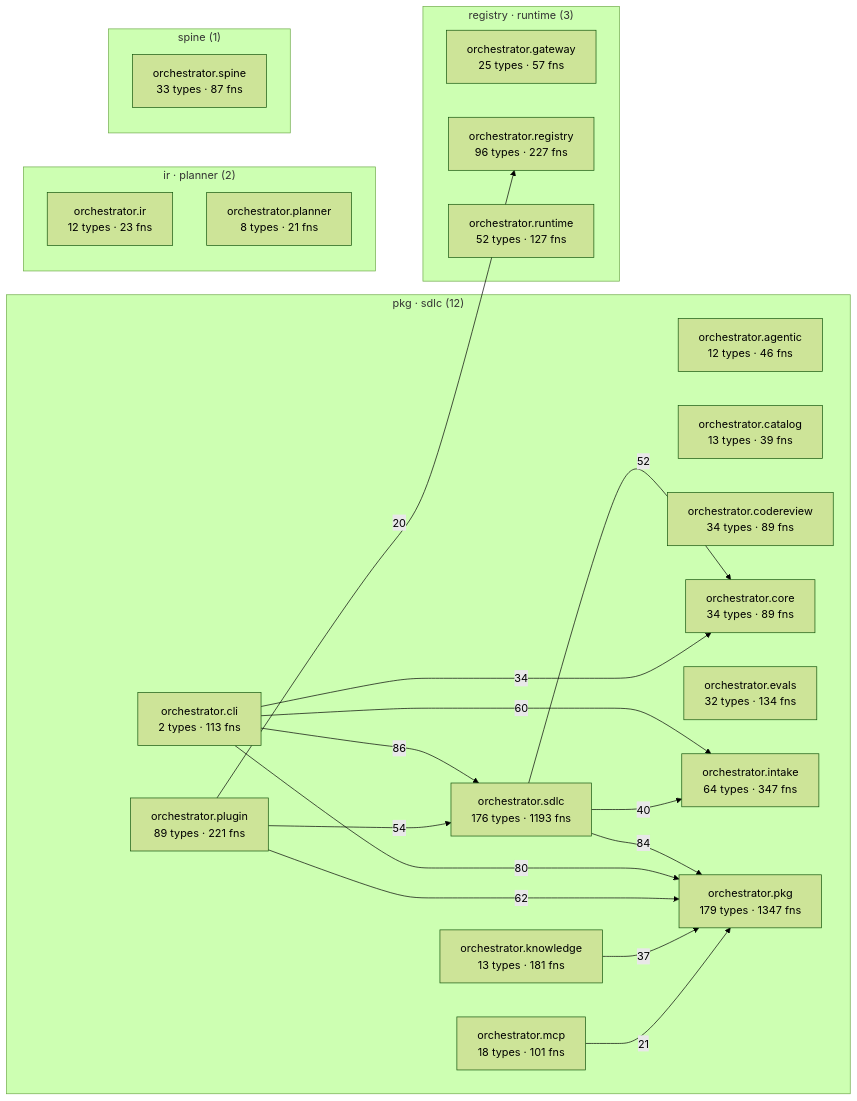
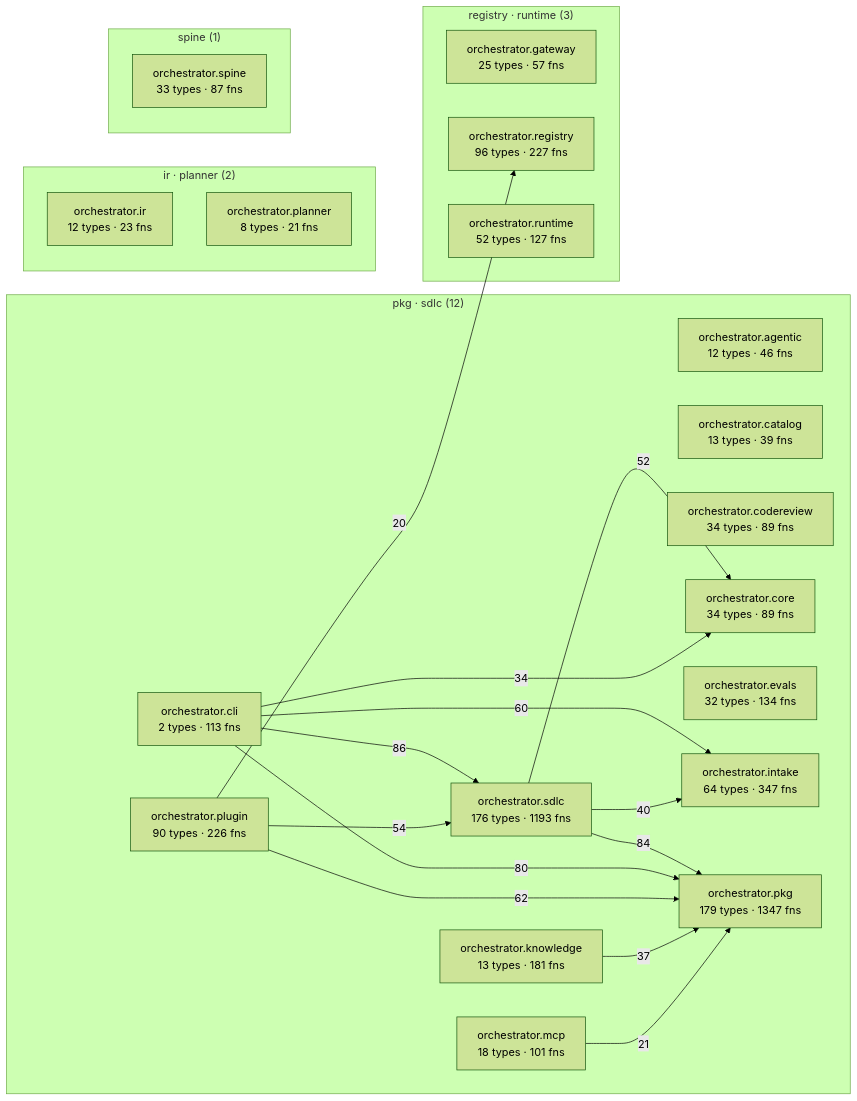
Before and after one commit to synaptixs/spine: the diagram in episteme/architecture.md, drawn with Mermaid (forest theme). The commit also changed other lines of this file and 6 other files, not shown here.

````diff
--- a/episteme/architecture.md
+++ b/episteme/architecture.md
@@ -56,41 +56,41 @@
 ```mermaid
 flowchart LR
   subgraph c_2["pkg · sdlc (12)"]
     aorchestratoragentic["orchestrator.agentic<br/>12 types · 46 fns"]
     aorchestratorcatalog["orchestrator.catalog<br/>13 types · 39 fns"]
     aorchestratorcli["orchestrator.cli<br/>2 types · 113 fns"]
     aorchestratorcodereview["orchestrator.codereview<br/>34 types · 89 fns"]
     aorchestratorcore["orchestrator.core<br/>34 types · 89 fns"]
     aorchestratorevals["orchestrator.evals<br/>32 types · 134 fns"]
     aorchestratorintake["orchestrator.intake<br/>64 types · 347 fns"]
     aorchestratorknowledge["orchestrator.knowledge<br/>13 types · 181 fns"]
     aorchestratormcp["orchestrator.mcp<br/>18 types · 101 fns"]
     aorchestratorpkg["orchestrator.pkg<br/>179 types · 1347 fns"]
-    aorchestratorplugin["orchestrator.plugin<br/>89 types · 221 fns"]
+    aorchestratorplugin["orchestrator.plugin<br/>90 types · 226 fns"]
     aorchestratorsdlc["orchestrator.sdlc<br/>176 types · 1193 fns"]
   end
   subgraph c_5["registry · runtime (3)"]
     aorchestratorgateway["orchestrator.gateway<br/>25 types · 57 fns"]
     aorchestratorregistry["orchestrator.registry<br/>96 types · 227 fns"]
     aorchestratorruntime["orchestrator.runtime<br/>52 types · 127 fns"]
   end
   subgraph c_7["ir · planner (2)"]
     aorchestratorir["orchestrator.ir<br/>12 types · 23 fns"]
     aorchestratorplanner["orchestrator.planner<br/>8 types · 21 fns"]
   end
   subgraph c_12["spine (1)"]
     aorchestratorspine["orchestrator.spine<br/>33 types · 87 fns"]
   end
   aorchestratorcli -->|86| aorchestratorsdlc
   aorchestratorsdlc -->|84| aorchestratorpkg
   aorchestratorcli -->|80| aorchestratorpkg
   aorchestratorplugin -->|62| aorchestratorpkg
   aorchestratorcli -->|60| aorchestratorintake
   aorchestratorplugin -->|54| aorchestratorsdlc
   aorchestratorsdlc -->|52| aorchestratorcore
   aorchestratorsdlc -->|40| aorchestratorintake
   aorchestratorknowledge -->|37| aorchestratorpkg
   aorchestratorcli -->|34| aorchestratorcore
   aorchestratormcp -->|21| aorchestratorpkg
   aorchestratorplugin -->|20| aorchestratorregistry
 ```
````
